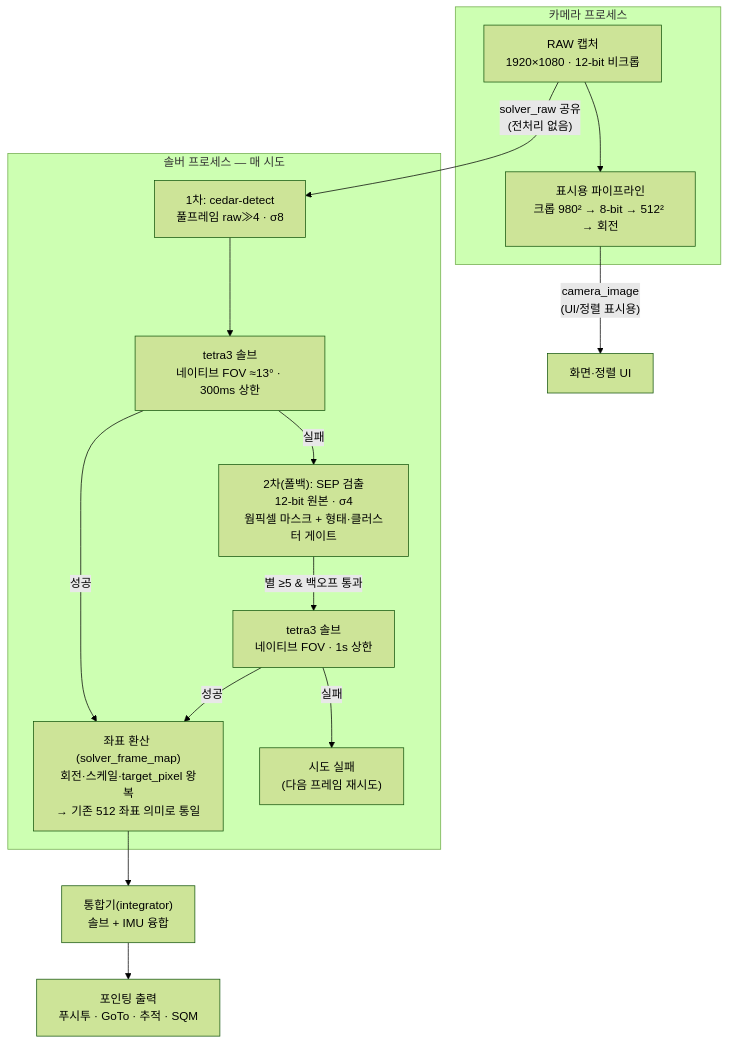
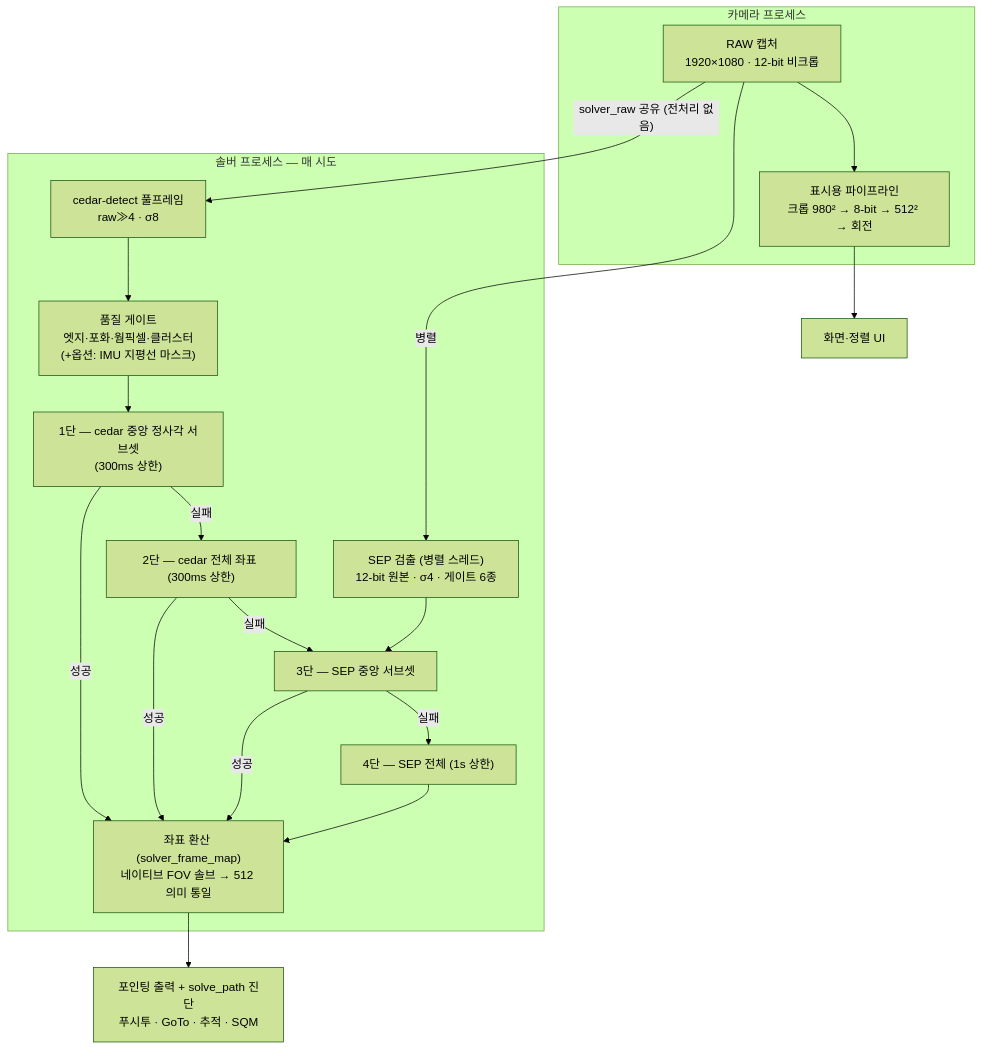
The diagram in docs/mf_fullframe_solving_report_20260804_ko.md (hjoungjoo/MF_PiFinder), drawn with Mermaid (forest theme) before and after one commit. The commit also changed other lines of this file and 1 other file, not shown here.

````diff
--- a/docs/mf_fullframe_solving_report_20260804_ko.md
+++ b/docs/mf_fullframe_solving_report_20260804_ko.md
@@ -21,29 +24,31 @@
 ```mermaid
 flowchart TB
     subgraph cam["카메라 프로세스"]
         raw["RAW 캡처<br/>1920×1080 · 12-bit 비크롭"]
         prod["표시용 파이프라인<br/>크롭 980² → 8-bit → 512² → 회전"]
         raw --> prod
     end
-
-    raw -- "solver_raw 공유<br/>(전처리 없음)" --> ced
-    prod -- "camera_image<br/>(UI/정렬 표시용)" --> ui["화면·정렬 UI"]
+    prod --> ui["화면·정렬 UI"]
+    raw -- "solver_raw 공유 (전처리 없음)" --> ced
 
     subgraph solver["솔버 프로세스 — 매 시도"]
-        ced["1차: cedar-detect<br/>풀프레임 raw≫4 · σ8"]
-        t3a["tetra3 솔브<br/>네이티브 FOV ≈13° · 300ms 상한"]
-        sep["2차(폴백): SEP 검출<br/>12-bit 원본 · σ4<br/>웜픽셀 마스크 + 형태·클러스터 게이트"]
-        t3b["tetra3 솔브<br/>네이티브 FOV · 1s 상한"]
-        map["좌표 환산 (solver_frame_map)<br/>회전·스케일·target_pixel 왕복<br/>→ 기존 512 좌표 의미로 통일"]
-
-        ced --> t3a
-        t3a -- 성공 --> map
-        t3a -- 실패 --> sep
-        sep -- "별 ≥5 & 백오프 통과" --> t3b
-        t3b -- 성공 --> map
-        t3b -- 실패 --> fail["시도 실패<br/>(다음 프레임 재시도)"]
+        ced["cedar-detect 풀프레임<br/>raw≫4 · σ8"]
+        gates["품질 게이트<br/>엣지·포화·웜픽셀·클러스터<br/>(+옵션: IMU 지평선 마스크)"]
+        c1["1단 — cedar 중앙 정사각 서브셋<br/>(300ms 상한)"]
+        c2["2단 — cedar 전체 좌표 (300ms 상한)"]
+        sepd["SEP 검출 (병렬 스레드)<br/>12-bit 원본 · σ4 · 게이트 6종"]
+        s3["3단 — SEP 중앙 서브셋"]
+        s4["4단 — SEP 전체 (1s 상한)"]
+        map["좌표 환산 (solver_frame_map)<br/>네이티브 FOV 솔브 → 512 의미 통일"]
+        ced --> gates --> c1 -->|실패| c2 -->|실패| s3
+        raw2[" "]:::hidden
+        sepd --> s3 -->|실패| s4
+        c1 -->|성공| map
+        c2 -->|성공| map
+        s3 -->|성공| map
+        s4 --> map
     end
-
-    map --> intg["통합기(integrator)<br/>솔브 + IMU 융합"]
-    intg --> out["포인팅 출력<br/>푸시투 · GoTo · 추적 · SQM"]
+    raw -- 병렬 --> sepd
+    map --> out["포인팅 출력 + solve_path 진단<br/>푸시투 · GoTo · 추적 · SQM"]
+    classDef hidden display:none;
 ```
````
